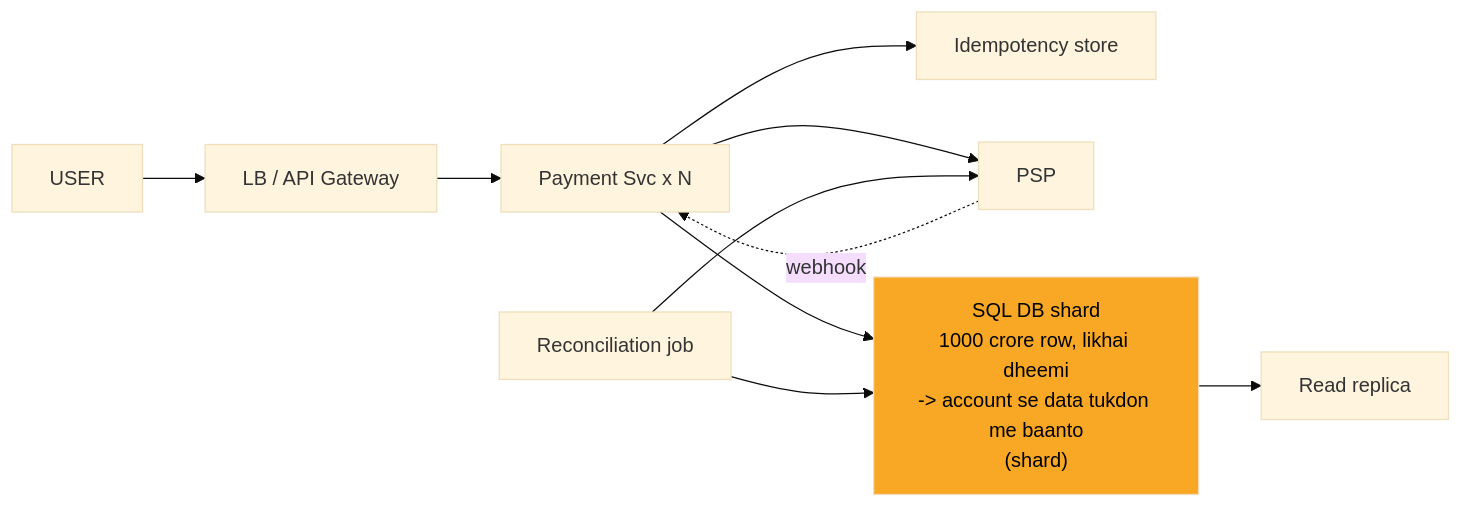
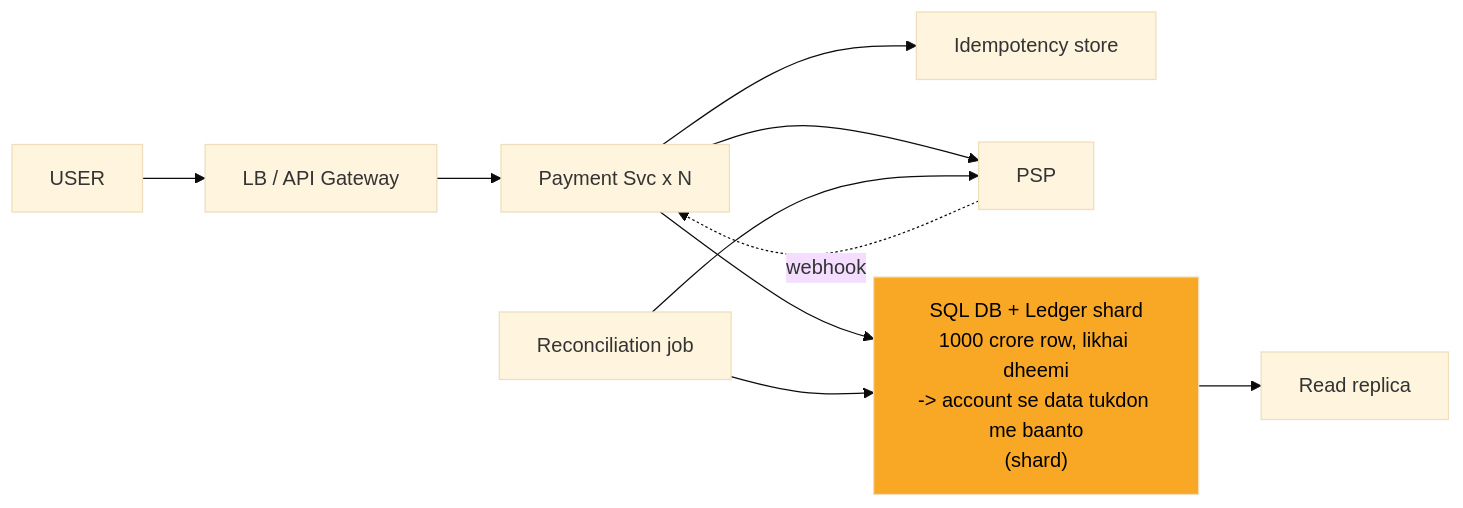
One commit to ArpanMaheshwari144/Prep changed diagram 11 of 12 in 04_HLD/SYSTEM_DESIGNS/06_payment_system/06_payment_system.md. Above: the diagram before and after it, drawn with Mermaid (base theme). The commit also changed other lines of this file and 10 other files, not shown here.

````diff
--- a/04_HLD/SYSTEM_DESIGNS/06_payment_system/06_payment_system.md
+++ b/04_HLD/SYSTEM_DESIGNS/06_payment_system/06_payment_system.md
@@ -412,21 +412,21 @@
 ```mermaid
 flowchart LR
     n_USER["USER"]
     n_LB_API_Gateway["LB / API Gateway"]
     n_Payment_Svc_xN["Payment Svc x N"]
     n_Idempotency_store["Idempotency store"]
     n_PSP["PSP"]
-    n_SQL_DB_shard_by_account_id["SQL DB shard<br/>1000 crore row, likhai dheemi<br/>-> account se data tukdon me baanto<br/>(shard)"]
+    n_SQL_DB_shard_by_account_id["SQL DB + Ledger shard<br/>1000 crore row, likhai dheemi<br/>-> account se data tukdon me baanto<br/>(shard)"]
     n_Read_replica["Read replica"]
     n_Reconciliation_job["Reconciliation job"]
     n_USER --> n_LB_API_Gateway
     n_LB_API_Gateway --> n_Payment_Svc_xN
     n_Payment_Svc_xN --> n_Idempotency_store
     n_Payment_Svc_xN --> n_PSP
     n_Payment_Svc_xN --> n_SQL_DB_shard_by_account_id
     n_SQL_DB_shard_by_account_id --> n_Read_replica
     n_Reconciliation_job --> n_SQL_DB_shard_by_account_id
     n_Reconciliation_job --> n_PSP
     n_PSP -.-> |webhook| n_Payment_Svc_xN
     style n_SQL_DB_shard_by_account_id fill:#f9a825,color:#000
 ```
````
